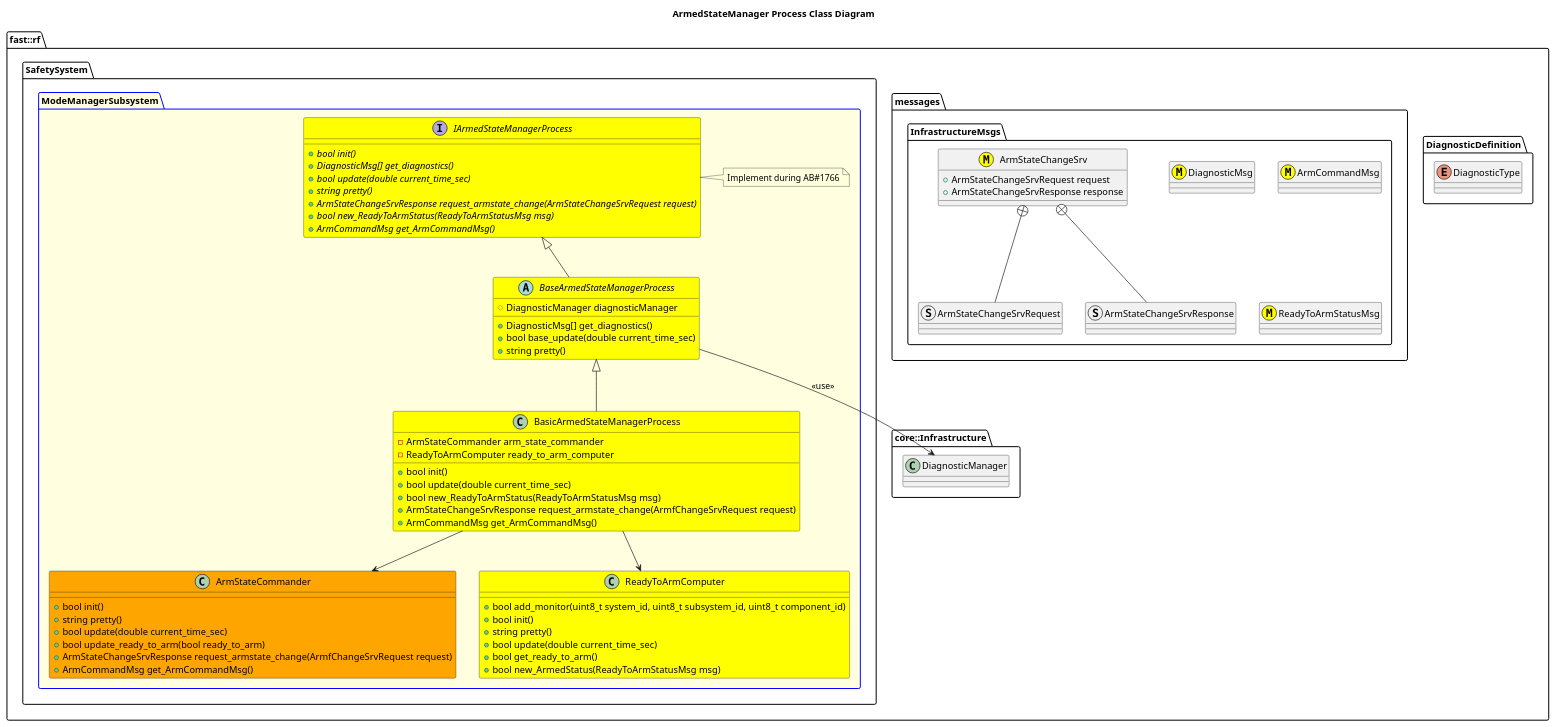
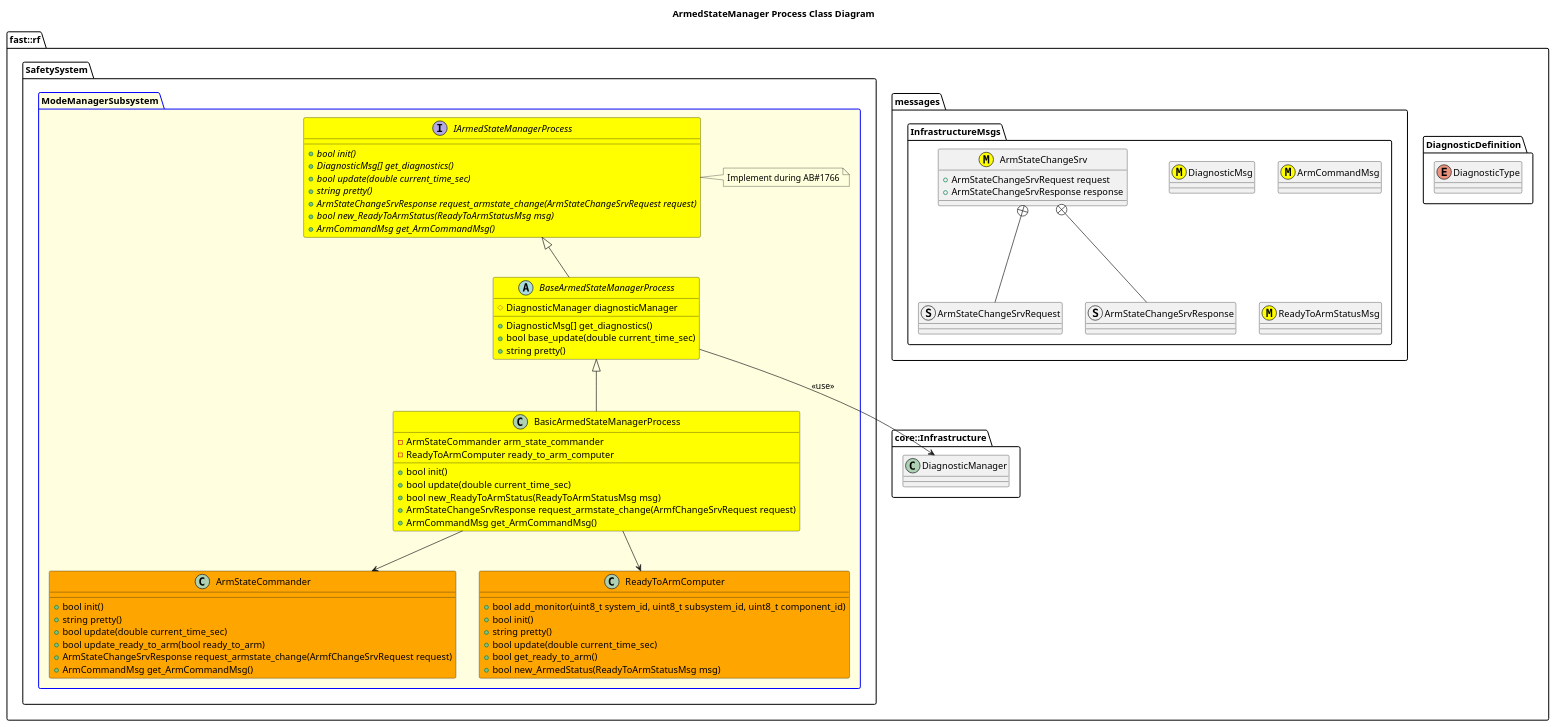
Before and after one commit to fastrobotics/robot_framework: the diagram in Systems/Safety/Subsystems/ModeManager/Processes/ArmedStateManager/doc/ProcessImplementations/puml/BasicArmedStateManagerClassDiagram.puml, drawn with PlantUML. The commit also changed 10 other files, not shown here.

```diff
--- a/Systems/Safety/Subsystems/ModeManager/Processes/ArmedStateManager/doc/ProcessImplementations/puml/BasicArmedStateManagerClassDiagram.puml
+++ b/Systems/Safety/Subsystems/ModeManager/Processes/ArmedStateManager/doc/ProcessImplementations/puml/BasicArmedStateManagerClassDiagram.puml
@@ -1,81 +1,81 @@
 @startuml
 title ArmedStateManager Process Class Diagram
 
 namespace fast::rf {
   namespace DiagnosticDefinition {
     enum DiagnosticType
   }
   namespace messages {
     namespace InfrastructureMsgs {
         class DiagnosticMsg <<(M,#FFFF00)>>
         class ArmCommandMsg <<(M,#FFFF00)>>
         class ReadyToArmStatusMsg <<(M,#FFFF00)>> 
         struct ArmStateChangeSrvRequest
         struct ArmStateChangeSrvResponse
         class ArmStateChangeSrv <<(M,#FFFF00)>>  {
             +ArmStateChangeSrvRequest request
             +ArmStateChangeSrvResponse response
         }
         ArmStateChangeSrv +-- ArmStateChangeSrvRequest
         ArmStateChangeSrv +-- ArmStateChangeSrvResponse
     }
   }
   namespace core::Infrastructure {
     class DiagnosticManager
   }
   namespace SafetySystem {
     package ModeManagerSubsystem #LightYellow;line:blue {
         interface IArmedStateManagerProcess #Yellow  {
           +{abstract} bool init()
           +{abstract} DiagnosticMsg[] get_diagnostics()
           +{abstract} bool update(double current_time_sec)
           +{abstract} string pretty()
           +{abstract} ArmStateChangeSrvResponse request_armstate_change(ArmStateChangeSrvRequest request)
           +{abstract} bool new_ReadyToArmStatus(ReadyToArmStatusMsg msg)
           +{abstract} ArmCommandMsg get_ArmCommandMsg()
 
         }
         note right of IArmedStateManagerProcess
         Implement during AB#1766
         end note
         abstract BaseArmedStateManagerProcess #Yellow {
           +DiagnosticMsg[] get_diagnostics()
           +bool base_update(double current_time_sec)
           +string pretty()
           #DiagnosticManager diagnosticManager
 
         }
         BaseArmedStateManagerProcess -up-|> IArmedStateManagerProcess
         BaseArmedStateManagerProcess --> DiagnosticManager: <<use>>
         class ArmStateCommander #Orange {
             +bool init()
             +string pretty()
             +bool update(double current_time_sec)
             +bool update_ready_to_arm(bool ready_to_arm)
             +ArmStateChangeSrvResponse request_armstate_change(ArmfChangeSrvRequest request)
             +ArmCommandMsg get_ArmCommandMsg()
         }
-        class ReadyToArmComputer #Yellow {
+        class ReadyToArmComputer #Orange {
             +bool add_monitor(uint8_t system_id, uint8_t subsystem_id, uint8_t component_id)
             +bool init()
             +string pretty()
             +bool update(double current_time_sec)
             +bool get_ready_to_arm()
             +bool new_ArmedStatus(ReadyToArmStatusMsg msg)
         }
         class BasicArmedStateManagerProcess #Yellow {
           +bool init()
           +bool update(double current_time_sec)
           +bool new_ReadyToArmStatus(ReadyToArmStatusMsg msg)
           +ArmStateChangeSrvResponse request_armstate_change(ArmfChangeSrvRequest request)
           +ArmCommandMsg get_ArmCommandMsg()
           -ArmStateCommander arm_state_commander
           -ReadyToArmComputer ready_to_arm_computer
         }
         BasicArmedStateManagerProcess -up-|> BaseArmedStateManagerProcess
         BasicArmedStateManagerProcess --> ArmStateCommander
         BasicArmedStateManagerProcess --> ReadyToArmComputer
     }
   }
 }
 @enduml
```
